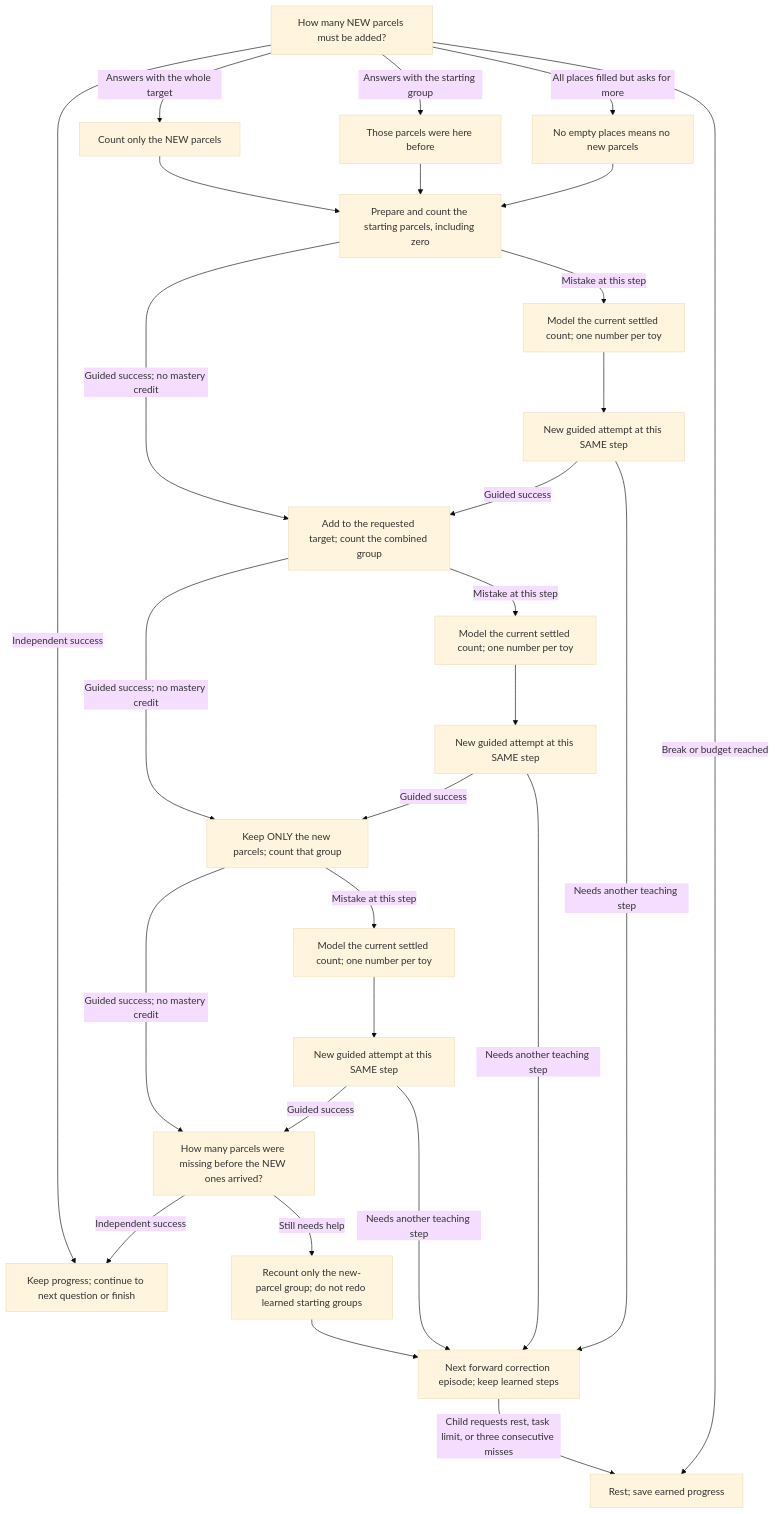
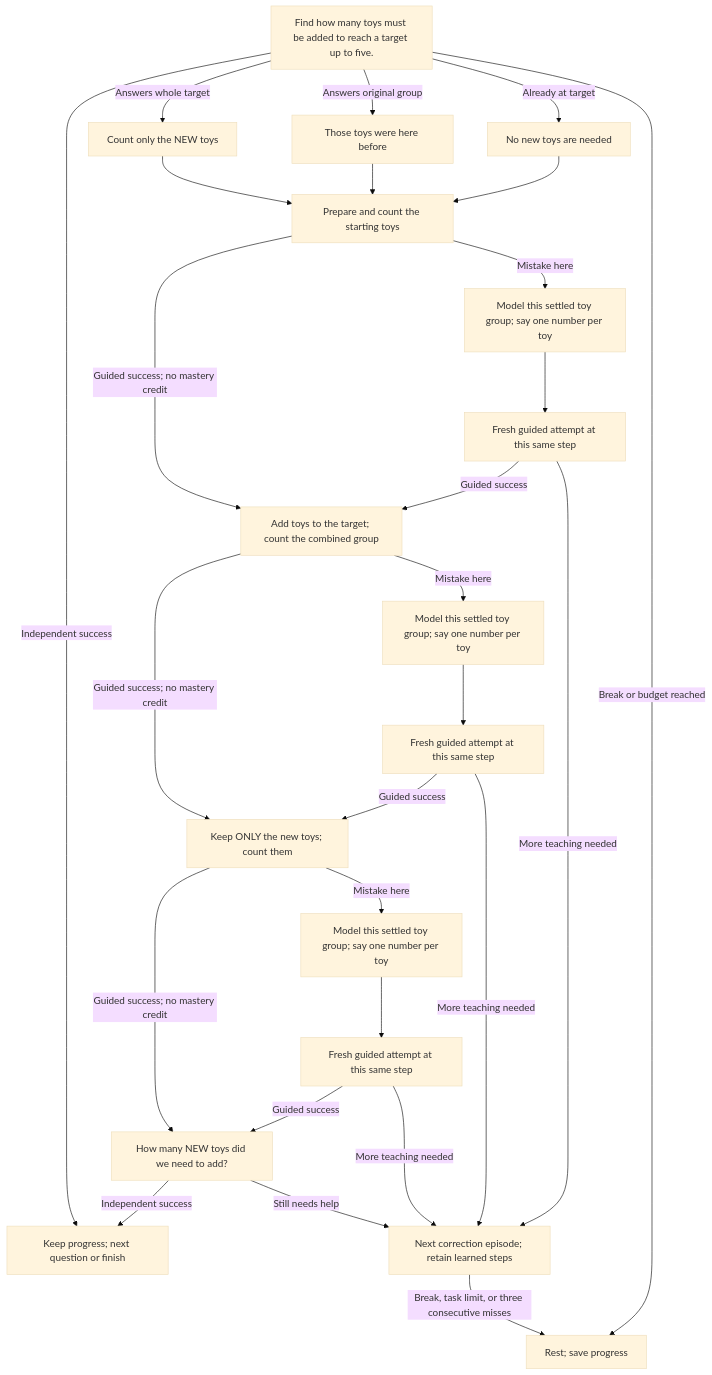
One commit to sealsbroken/unmath changed the first of 2 diagrams in docs/wiki/Lesson-5-Parcel-detectives.md. Above: the diagram before and after it, drawn with Mermaid (base theme). The commit also changed other lines of this file and 33 other files, not shown here.

Commit message:
Start directly with real toys and remove pretend roles and adult prompts

````diff
--- a/docs/wiki/Lesson-5-Parcel-detectives.md
+++ b/docs/wiki/Lesson-5-Parcel-detectives.md
@@ -37,30 +32,29 @@
 ```mermaid
 flowchart TD
-    Choose["How many NEW parcels must be added?"] -->|"Independent success"| Done["Keep progress; continue to next question or finish"]
-    Choose -->|"Answers with the whole target"| E0["Count only the NEW parcels"]
+    Start["Find how many toys must be added to reach a target up to five."] -->|"Independent success"| Done["Keep progress; next question or finish"]
+    Start -->|"Answers whole target"| E0["Count only the NEW toys"]
     E0 --> S0
-    Choose -->|"Answers with the starting group"| E1["Those parcels were here before"]
+    Start -->|"Answers original group"| E1["Those toys were here before"]
     E1 --> S0
-    Choose -->|"All places filled but asks for more"| E2["No empty places means no new parcels"]
+    Start -->|"Already at target"| E2["No new toys are needed"]
     E2 --> S0
-    S0["Prepare and count the starting parcels, including zero"] -->|"Guided success; no mastery credit"| S1
-    S0 -->|"Mistake at this step"| H0["Model the current settled count; one number per toy"]
-    H0 --> R0["New guided attempt at this SAME step"]
+    S0["Prepare and count the starting toys"] -->|"Guided success; no mastery credit"| S1
+    S0 -->|"Mistake here"| H0["Model this settled toy group; say one number per toy"]
+    H0 --> R0["Fresh guided attempt at this same step"]
     R0 -->|"Guided success"| S1
-    R0 -->|"Needs another teaching step"| Continue["Next forward correction episode; keep learned steps"]
-    S1["Add to the requested target; count the combined group"] -->|"Guided success; no mastery credit"| S2
-    S1 -->|"Mistake at this step"| H1["Model the current settled count; one number per toy"]
-    H1 --> R1["New guided attempt at this SAME step"]
+    R0 -->|"More teaching needed"| Continue["Next correction episode; retain learned steps"]
+    S1["Add toys to the target; count the combined group"] -->|"Guided success; no mastery credit"| S2
+    S1 -->|"Mistake here"| H1["Model this settled toy group; say one number per toy"]
+    H1 --> R1["Fresh guided attempt at this same step"]
     R1 -->|"Guided success"| S2
-    R1 -->|"Needs another teaching step"| Continue["Next forward correction episode; keep learned steps"]
-    S2["Keep ONLY the new parcels; count that group"] -->|"Guided success; no mastery credit"| Follow
-    S2 -->|"Mistake at this step"| H2["Model the current settled count; one number per toy"]
-    H2 --> R2["New guided attempt at this SAME step"]
+    R1 -->|"More teaching needed"| Continue["Next correction episode; retain learned steps"]
+    S2["Keep ONLY the new toys; count them"] -->|"Guided success; no mastery credit"| Follow
+    S2 -->|"Mistake here"| H2["Model this settled toy group; say one number per toy"]
+    H2 --> R2["Fresh guided attempt at this same step"]
     R2 -->|"Guided success"| Follow
-    R2 -->|"Needs another teaching step"| Continue["Next forward correction episode; keep learned steps"]
-    Follow["How many parcels were missing before the NEW ones arrived?"] -->|"Independent success"| Done
-    Follow -->|"Still needs help"| Focus["Recount only the new-parcel group; do not redo learned starting groups"]
-    Focus --> Continue
-    Choose -->|"Break or budget reached"| Rest["Rest; save earned progress"]
-    Continue -->|"Child requests rest, task limit, or three consecutive misses"| Rest
+    R2 -->|"More teaching needed"| Continue["Next correction episode; retain learned steps"]
+    Follow["How many NEW toys did we need to add?"] -->|"Independent success"| Done
+    Follow -->|"Still needs help"| Continue
+    Start -->|"Break or budget reached"| Rest["Rest; save progress"]
+    Continue -->|"Break, task limit, or three consecutive misses"| Rest
 ```
````
